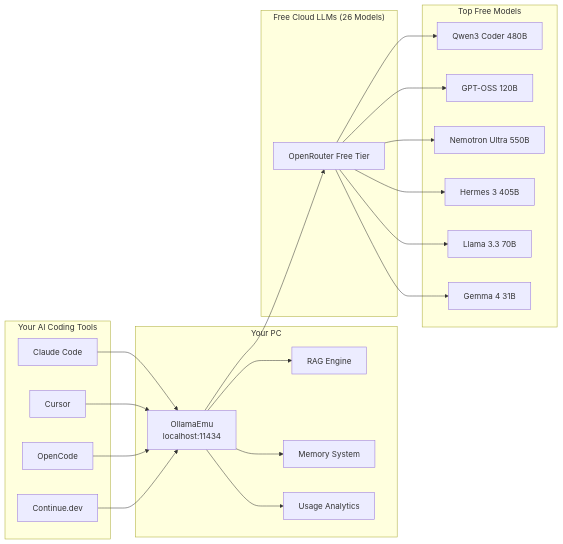
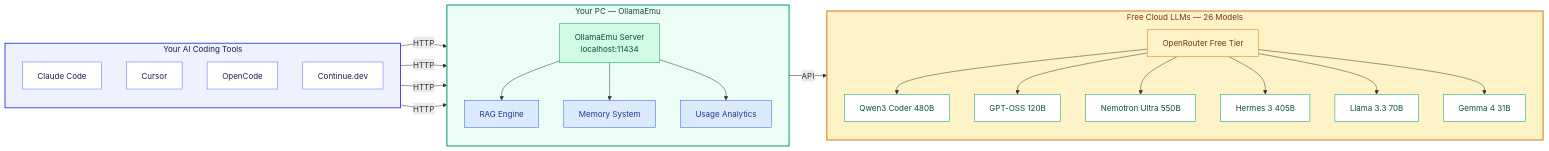
The second of 8 diagrams in README.md (rbkhan007/Ollama-Emulator-Desktop-Ultimate), drawn with Mermaid before and after one commit. The commit also changed other lines of this file and 2 other files, not shown here.

Commit message:
docs: professional Mermaid diagrams with consistent styling

````diff
--- a/README.md
+++ b/README.md
@@ -84,44 +84,63 @@
 ```mermaid
 flowchart LR
     subgraph Tools["Your AI Coding Tools"]
-        CC[Claude Code]
-        CU[Cursor]
-        OC[OpenCode]
-        CD[Continue.dev]
+        direction TB
+        CC["Claude Code"]
+        CU["Cursor"]
+        OC["OpenCode"]
+        CD["Continue.dev"]
     end
 
-    subgraph YourPC["Your PC"]
-        OE["OllamaEmu<br/>localhost:11434"]
+    subgraph YourPC["Your PC — OllamaEmu"]
+        direction TB
+        OE["OllamaEmu Server<br/>localhost:11434"]
         RAG["RAG Engine"]
         MEM["Memory System"]
         USAGE["Usage Analytics"]
     end
 
-    subgraph FreeCloud["Free Cloud LLMs (26 Models)"]
+    subgraph Cloud["Free Cloud LLMs — 26 Models"]
+        direction TB
         OR["OpenRouter Free Tier"]
-    end
-
-    subgraph TopModels["Top Free Models"]
         QW["Qwen3 Coder 480B"]
         OA["GPT-OSS 120B"]
         NN["Nemotron Ultra 550B"]
         NH["Hermes 3 405B"]
         LL["Llama 3.3 70B"]
         GM["Gemma 4 31B"]
     end
 
-    CC --> OE
-    CU --> OE
-    OC --> OE
-    CD --> OE
+    CC -->|HTTP| OE
+    CU -->|HTTP| OE
+    OC -->|HTTP| OE
+    CD -->|HTTP| OE
     OE --> RAG
     OE --> MEM
     OE --> USAGE
-    OE --> OR
+    OE -->|API| OR
     OR --> QW
     OR --> OA
     OR --> NN
     OR --> NH
     OR --> LL
     OR --> GM
+
+    style Tools fill:#eef2ff,stroke:#4f46e5,stroke-width:2px,color:#1e1b4b
+    style YourPC fill:#ecfdf5,stroke:#059669,stroke-width:2px,color:#064e3b
+    style Cloud fill:#fef3c7,stroke:#d97706,stroke-width:2px,color:#78350f
+    style CC fill:#fff,stroke:#6366f1,color:#1e1b4b
+    style CU fill:#fff,stroke:#6366f1,color:#1e1b4b
+    style OC fill:#fff,stroke:#6366f1,color:#1e1b4b
+    style CD fill:#fff,stroke:#6366f1,color:#1e1b4b
+    style OE fill:#d1fae5,stroke:#059669,color:#064e3b
+    style RAG fill:#dbeafe,stroke:#2563eb,color:#1e3a8a
+    style MEM fill:#dbeafe,stroke:#2563eb,color:#1e3a8a
+    style USAGE fill:#dbeafe,stroke:#2563eb,color:#1e3a8a
+    style OR fill:#fef3c7,stroke:#d97706,color:#78350f
+    style QW fill:#fff,stroke:#059669,color:#064e3b
+    style OA fill:#fff,stroke:#059669,color:#064e3b
+    style NN fill:#fff,stroke:#059669,color:#064e3b
+    style NH fill:#fff,stroke:#059669,color:#064e3b
+    style LL fill:#fff,stroke:#059669,color:#064e3b
+    style GM fill:#fff,stroke:#059669,color:#064e3b
 ```
````
